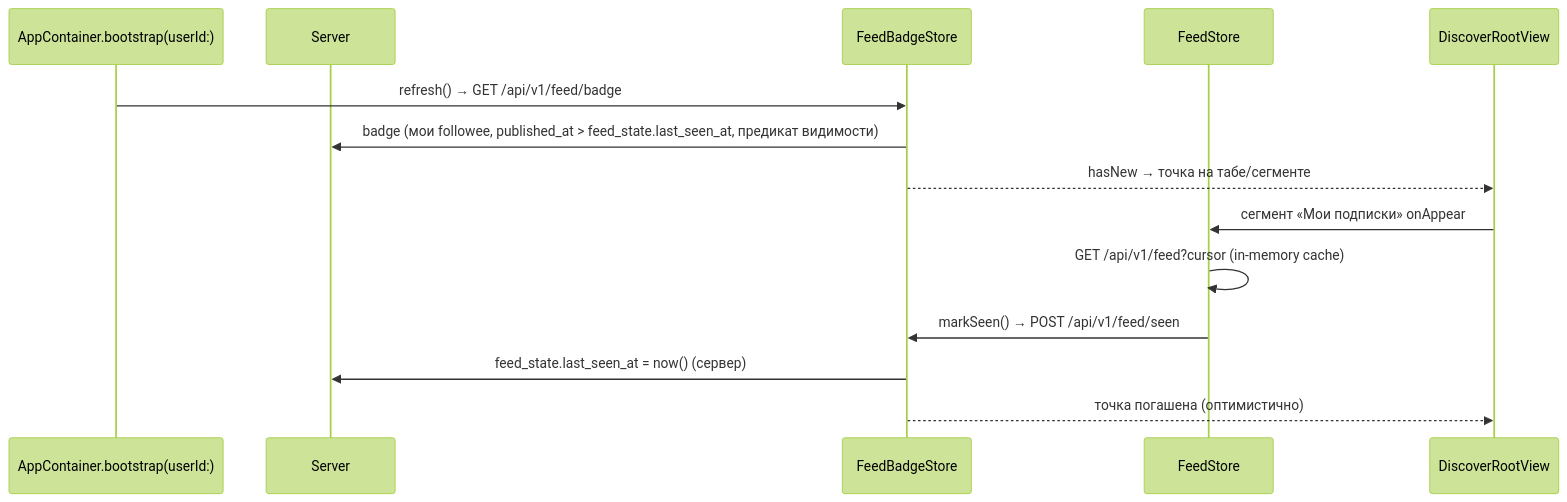
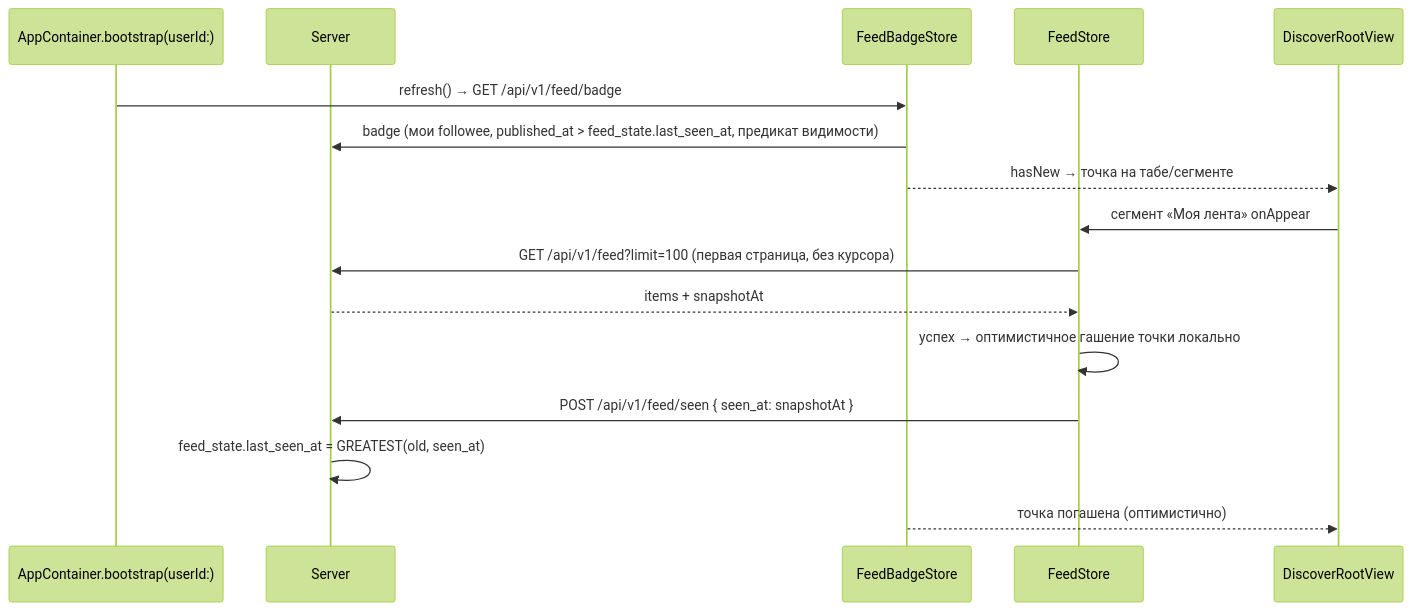
One commit to mikeozornin/recipe-scaler-native changed the diagram in specs/072-follow-feed/spec.md. Above: the diagram before and after it, drawn with Mermaid (forest theme). The commit also changed other lines of this file and 46 other files, not shown here.

````diff
--- a/specs/072-follow-feed/spec.md
+++ b/specs/072-follow-feed/spec.md
@@ -58,16 +59,18 @@
 ```mermaid
 sequenceDiagram
     participant B as AppContainer.bootstrap(userId:)
     participant S as Server
     participant G as FeedBadgeStore
     participant F as FeedStore
     participant D as DiscoverRootView
     B->>G: refresh() → GET /api/v1/feed/badge
     G->>S: badge (мои followee, published_at > feed_state.last_seen_at, предикат видимости)
     G-->>D: hasNew → точка на табе/сегменте
-    D->>F: сегмент «Мои подписки» onAppear
-    F->>F: GET /api/v1/feed?cursor (in-memory cache)
-    F->>G: markSeen() → POST /api/v1/feed/seen
-    G->>S: feed_state.last_seen_at = now() (сервер)
+    D->>F: сегмент «Моя лента» onAppear
+    F->>S: GET /api/v1/feed?limit=100 (первая страница, без курсора)
+    S-->>F: items + snapshotAt
+    F->>F: успех → оптимистичное гашение точки локально
+    F->>S: POST /api/v1/feed/seen { seen_at: snapshotAt }
+    S->>S: feed_state.last_seen_at = GREATEST(old, seen_at)
     G-->>D: точка погашена (оптимистично)
 ```
````
